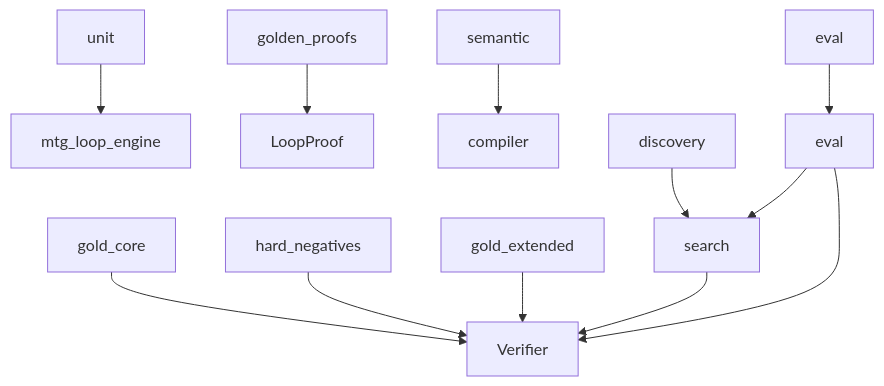
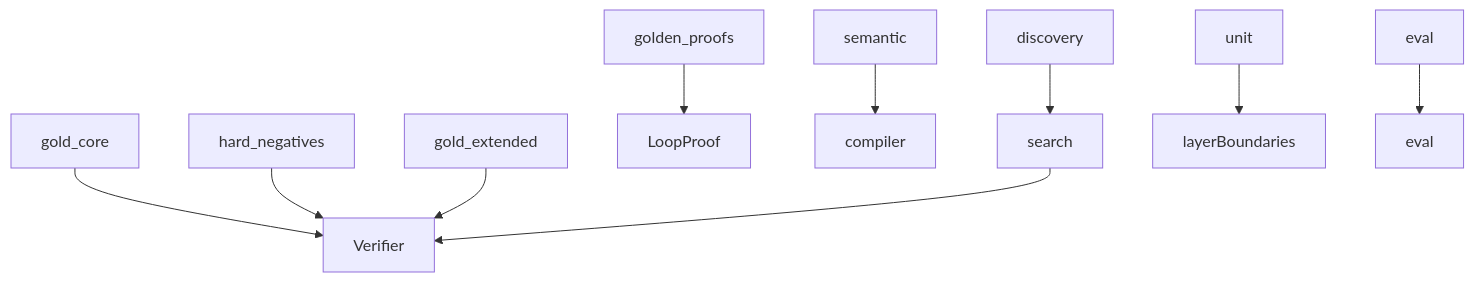
Before and after one commit to witzbeck/mtg-loop-engine: the diagram in tests/README.md, drawn with Mermaid. The commit also changed other lines of this file and 65 other files, not shown here.

````diff
--- a/tests/README.md
+++ b/tests/README.md
@@ -9,14 +11,12 @@
 ```mermaid
 graph TB;
-  unit[unit] --> lib[mtg_loop_engine];
   goldCore[gold_core] --> verifier[Verifier];
   hardNeg[hard_negatives] --> verifier;
   goldExt[gold_extended] --> verifier;
   golden[golden_proofs] --> proofs[LoopProof];
   semantic[semantic] --> compiler[compiler];
   discovery[discovery] --> search[search];
   search --> verifier;
+  unit[unit] --> boundaries[layerBoundaries];
   evalTests[eval] --> evalPkg[eval];
-  evalPkg --> search;
-  evalPkg --> verifier;
 ```
````
